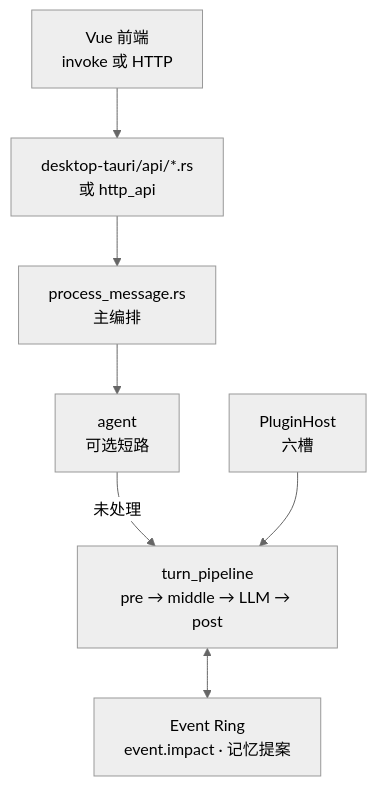
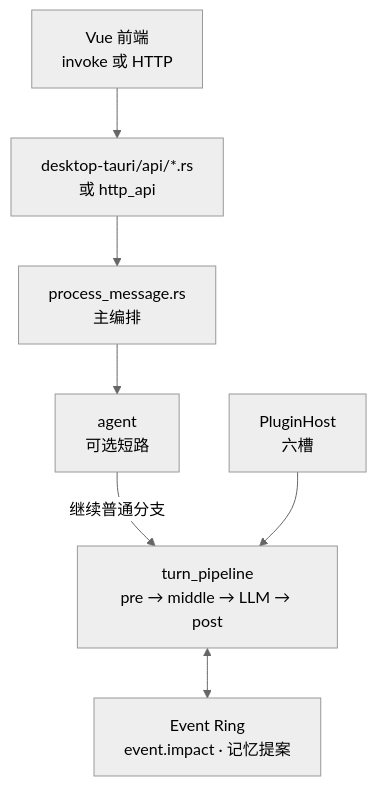
One commit to linkaiheng2233-cyber/oclivenewnew changed the first of 2 diagrams in human-docs/01_ARCHITECTURE_SIMPLE.md. Above: the diagram before and after it, drawn with Mermaid (neutral theme). The commit also changed other lines of this file and 52 other files, not shown here.

````diff
--- a/human-docs/01_ARCHITECTURE_SIMPLE.md
+++ b/human-docs/01_ARCHITECTURE_SIMPLE.md
@@ -21,15 +23,15 @@
 ```mermaid
 flowchart TB
   UI[Vue 前端\ninvoke 或 HTTP]
   API[desktop-tauri/api/*.rs\n或 http_api]
   PM[process_message.rs\n主编排]
   AG[agent\n可选短路]
   TP[turn_pipeline\npre → middle → LLM → post]
   ER[Event Ring\nevent.impact · 记忆提案]
   PH[PluginHost\n六槽]
   UI --> API --> PM
   PM --> AG
-  AG -->|未处理| TP
+  AG -->|继续普通分支| TP
   TP <--> ER
   PH --> TP
 ```
````
